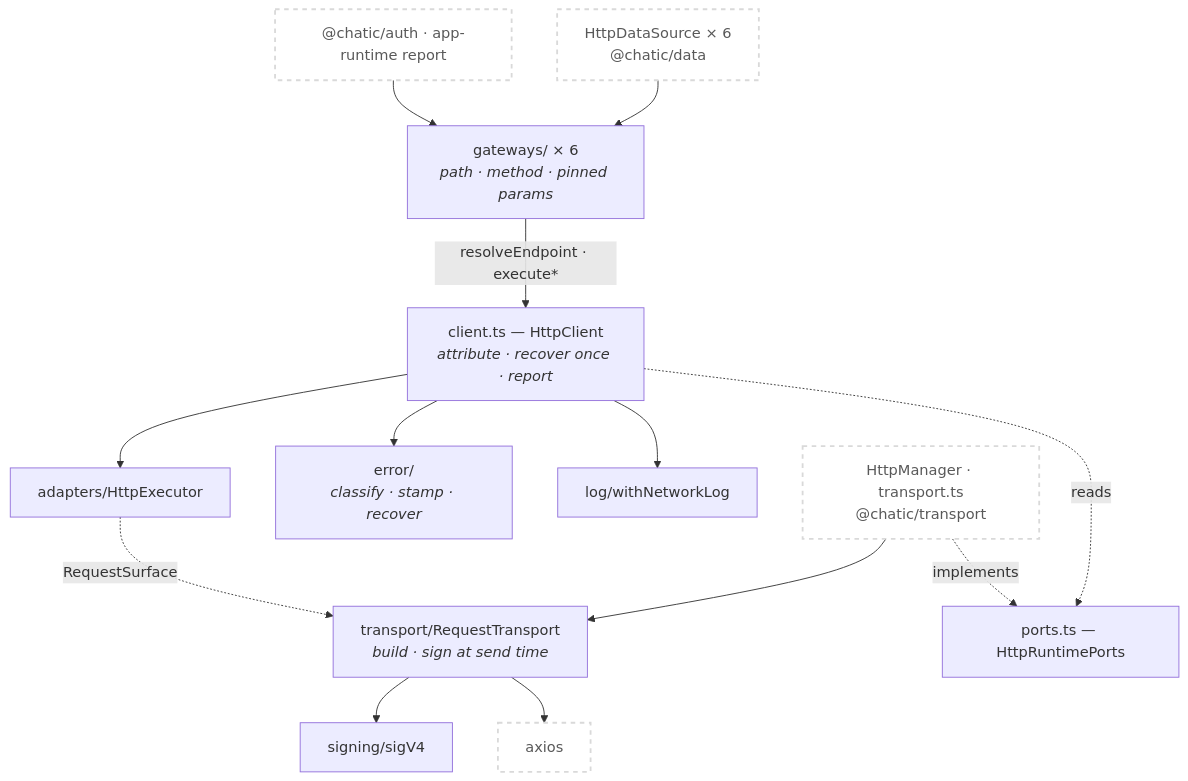
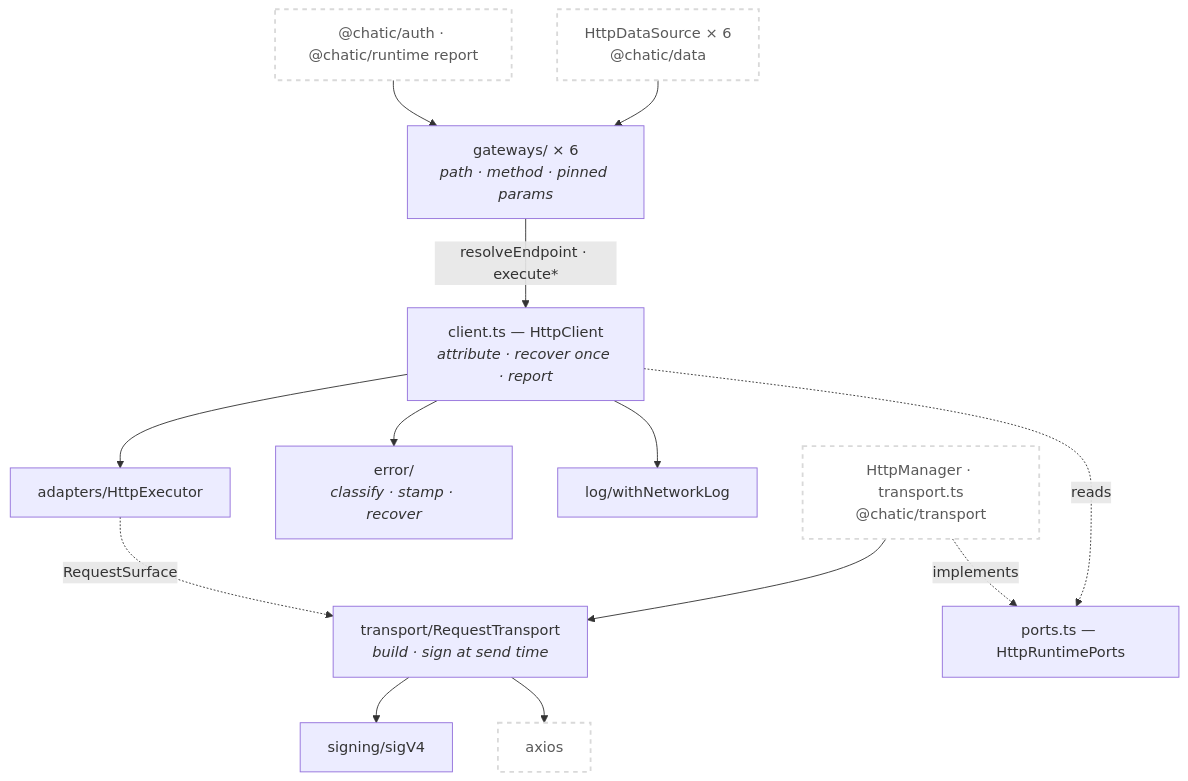
Before and after one commit to lemoncloud-io/dou-app: the first of 2 diagrams in libs/http/README.md, drawn with Mermaid. The commit also changed other lines of this file and 357 other files, not shown here.

First line of the commit message:
refactor(runtime,runtime-client,runtime-web,host): rename app-runtime to runtime, the facade

````diff
--- a/libs/http/README.md
+++ b/libs/http/README.md
@@ -74,31 +74,31 @@
 ```mermaid
 flowchart TD
     classDef ext fill:#ffffff,stroke:#d9d9d9,stroke-width:2px,color:#595959,stroke-dasharray: 5 5;
 
     DS["HttpDataSource × 6<br/>@chatic/data"]:::ext
-    SA["@chatic/auth · app-runtime report"]:::ext
+    SA["@chatic/auth · @chatic/runtime report"]:::ext
     HM["HttpManager · transport.ts<br/>@chatic/transport"]:::ext
     AX["axios"]:::ext
 
     GW["gateways/ × 6<br/><i>path · method · pinned params</i>"]
     CL["client.ts — HttpClient<br/><i>attribute · recover once · report</i>"]
     ERR["error/<br/><i>classify · stamp · recover</i>"]
     LOG["log/withNetworkLog"]
     AD["adapters/HttpExecutor"]
     TR["transport/RequestTransport<br/><i>build · sign at send time</i>"]
     SG["signing/sigV4"]
     PORTS["ports.ts — HttpRuntimePorts"]
 
     DS --> GW
     SA --> GW
     GW -->|"resolveEndpoint · execute*"| CL
     CL --> ERR
     CL --> LOG
     CL --> AD
     CL -.->|"reads"| PORTS
     HM -.->|"implements"| PORTS
     HM --> TR
     AD -.->|"RequestSurface"| TR
     TR --> SG
     TR --> AX
 ```
````
